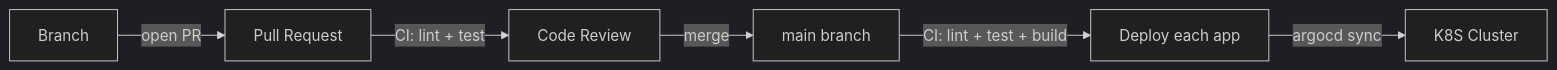
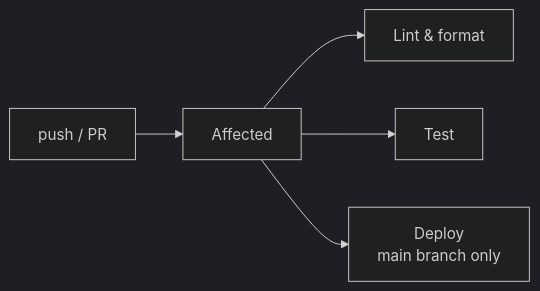
One commit to kbntx-org/nexus changed the third of 3 diagrams in docs/src/platform/ci-cd/01-overview.md. Above: the diagram before and after it, drawn with Mermaid. The commit also changed other lines of this file and 15 other files, not shown here.

````diff
--- a/docs/src/platform/ci-cd/01-overview.md
+++ b/docs/src/platform/ci-cd/01-overview.md
@@ -41,9 +161,8 @@
 ```mermaid
 %%{init: {'theme':'dark'}}%%
-flowchart LR
-    Branch -->|open PR| PR[Pull Request]
-    PR -->|CI: lint + test| Review[Code Review]
-    Review -->|merge| Main[main branch]
-    Main -->|CI: lint + test + build| Deploy[Deploy each app]
-    Deploy -->|argocd sync| Cluster[K8S Cluster]
+graph LR
+    Push[push / PR] --> Affected
+    Affected --> Lint[Lint & format]
+    Affected --> Test
+    Affected --> Deploy[Deploy<br/>main branch only]
 ```
````
